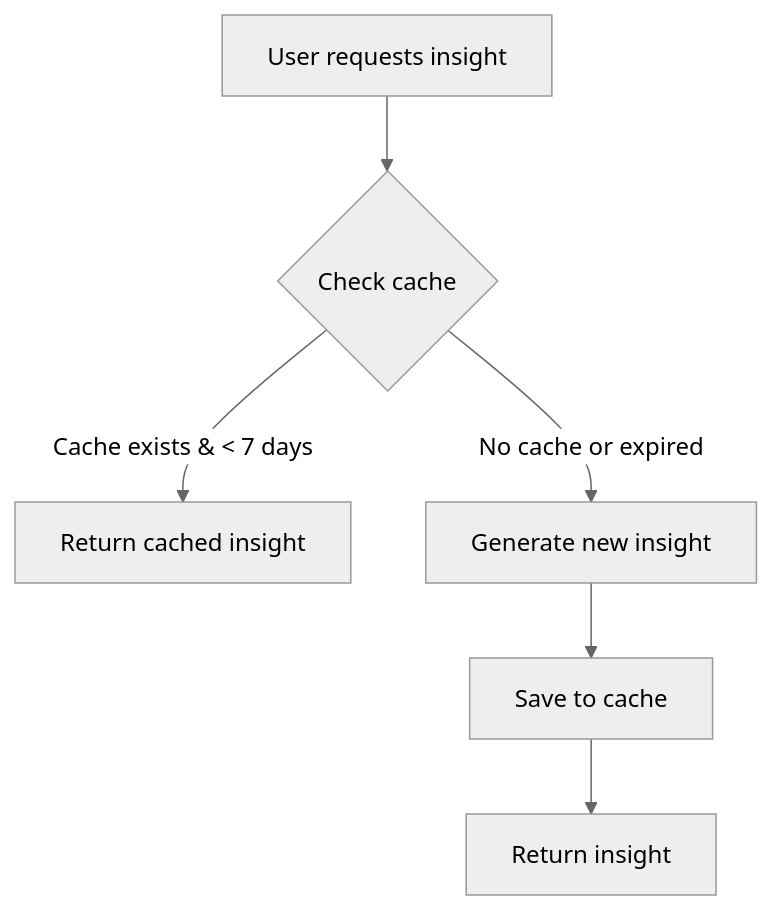
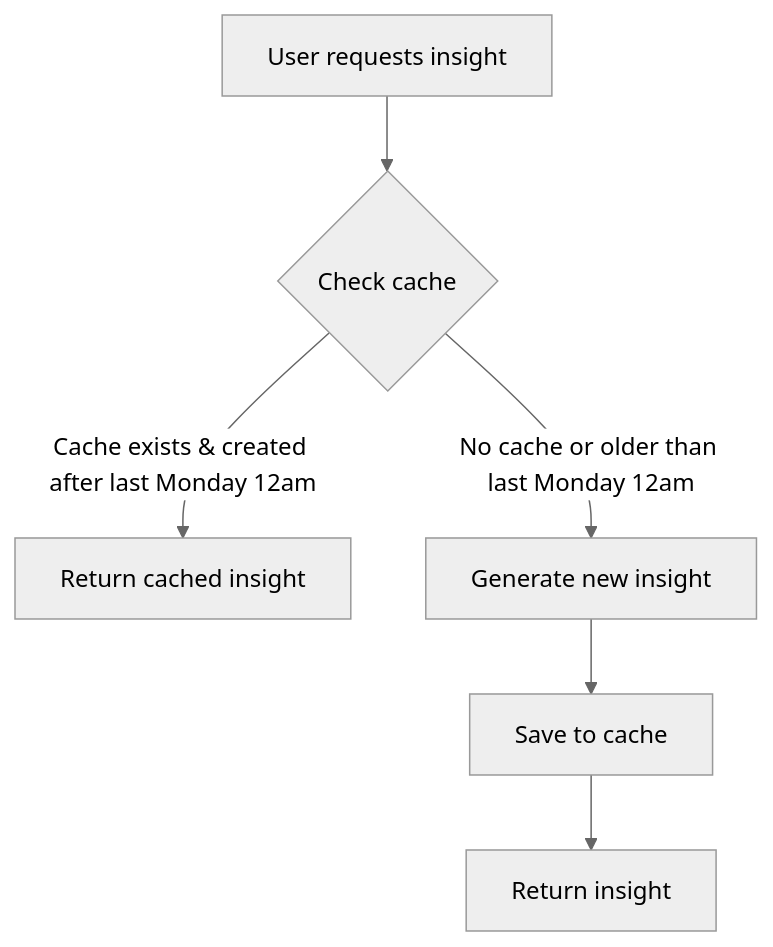
Before and after one commit to OptimaliQ-Admin/optimaliq-v2: the first of 2 diagrams in src/lib/ai/README_ConsistentCaching.md, drawn with Mermaid (neutral theme). The commit also changed other lines of this file and 15 other files, not shown here.

````diff
--- a/src/lib/ai/README_ConsistentCaching.md
+++ b/src/lib/ai/README_ConsistentCaching.md
@@ -68,8 +72,8 @@
 ```mermaid
 graph TD
     A[User requests insight] --> B{Check cache}
-    B -->|Cache exists & < 7 days| C[Return cached insight]
-    B -->|No cache or expired| D[Generate new insight]
+    B -->|Cache exists & created after last Monday 12am| C[Return cached insight]
+    B -->|No cache or older than last Monday 12am| D[Generate new insight]
     D --> E[Save to cache]
     E --> F[Return insight]
 ```
````
